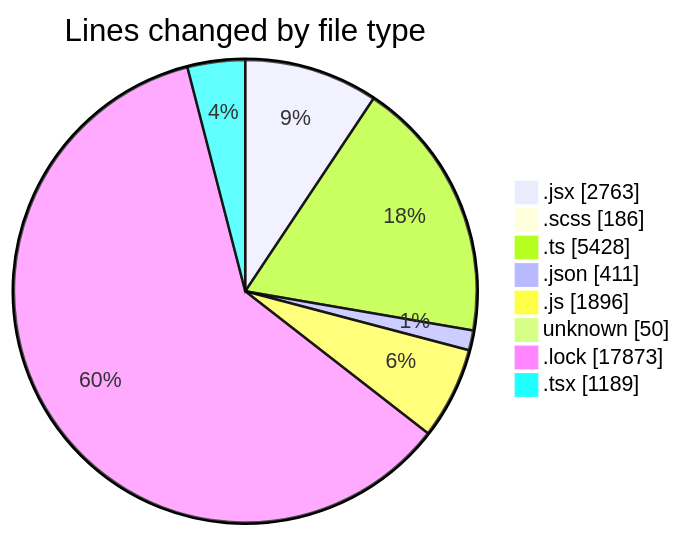
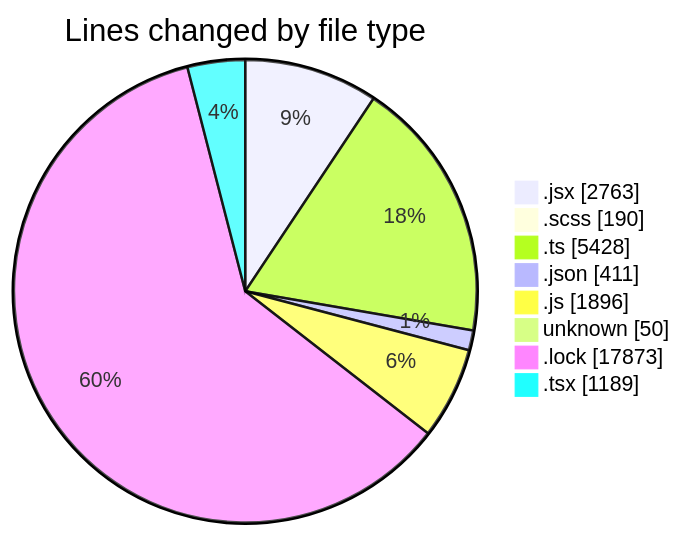
Before and after one commit to momahboobian/code-tracking: the first of 2 diagrams in 2026-09-01/cda/README.md, drawn with Mermaid. The commit also changed other lines of this file and 1 other file, not shown here.

````diff
--- a/2026-09-01/cda/README.md
+++ b/2026-09-01/cda/README.md
@@ -77,12 +77,12 @@
 ```mermaid
 pie showData
 title Lines changed by file type
 ".jsx" : 2763
-".scss" : 186
+".scss" : 190
 ".ts" : 5428
 ".json" : 411
 ".js" : 1896
 "unknown" : 50
 ".lock" : 17873
 ".tsx" : 1189
 ```
````
